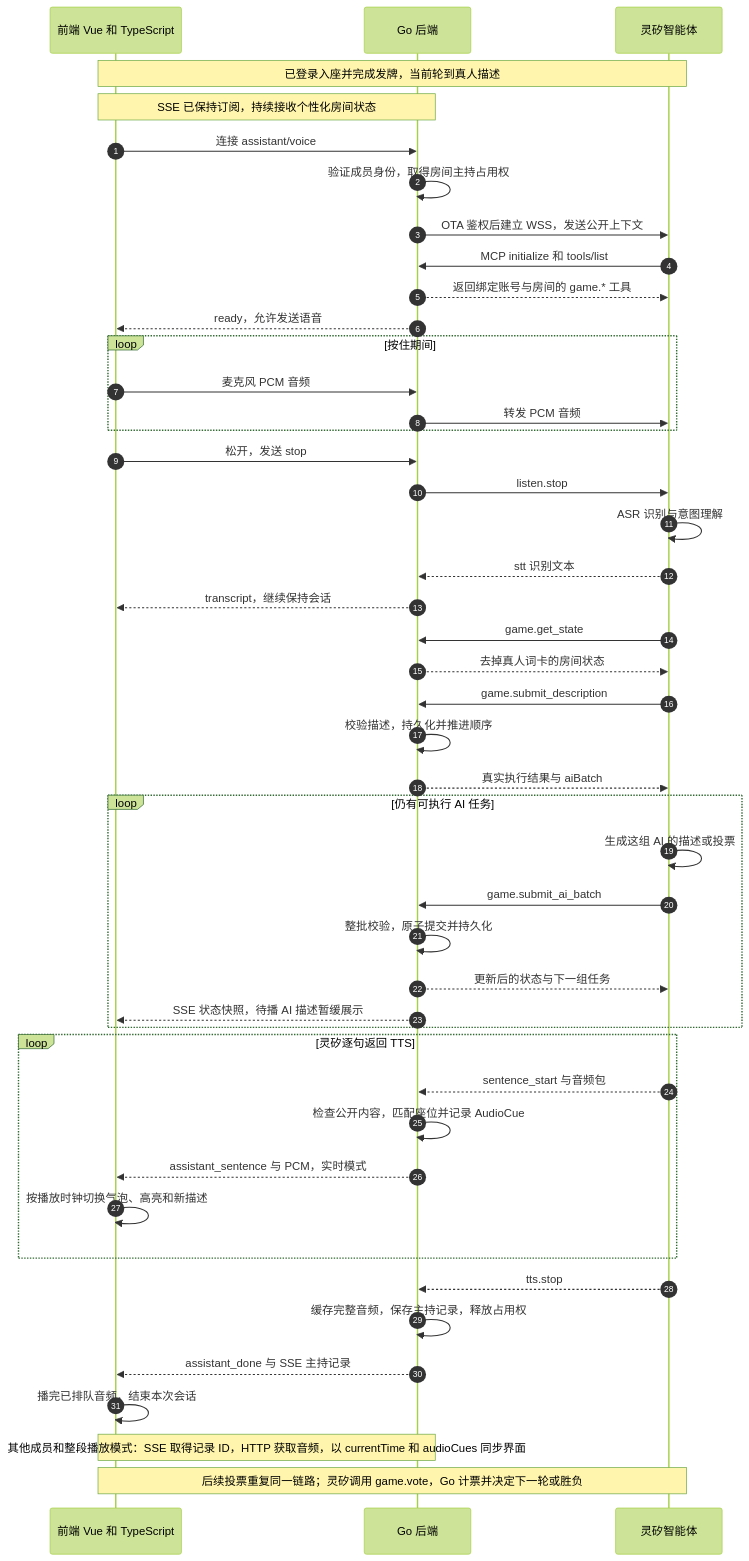
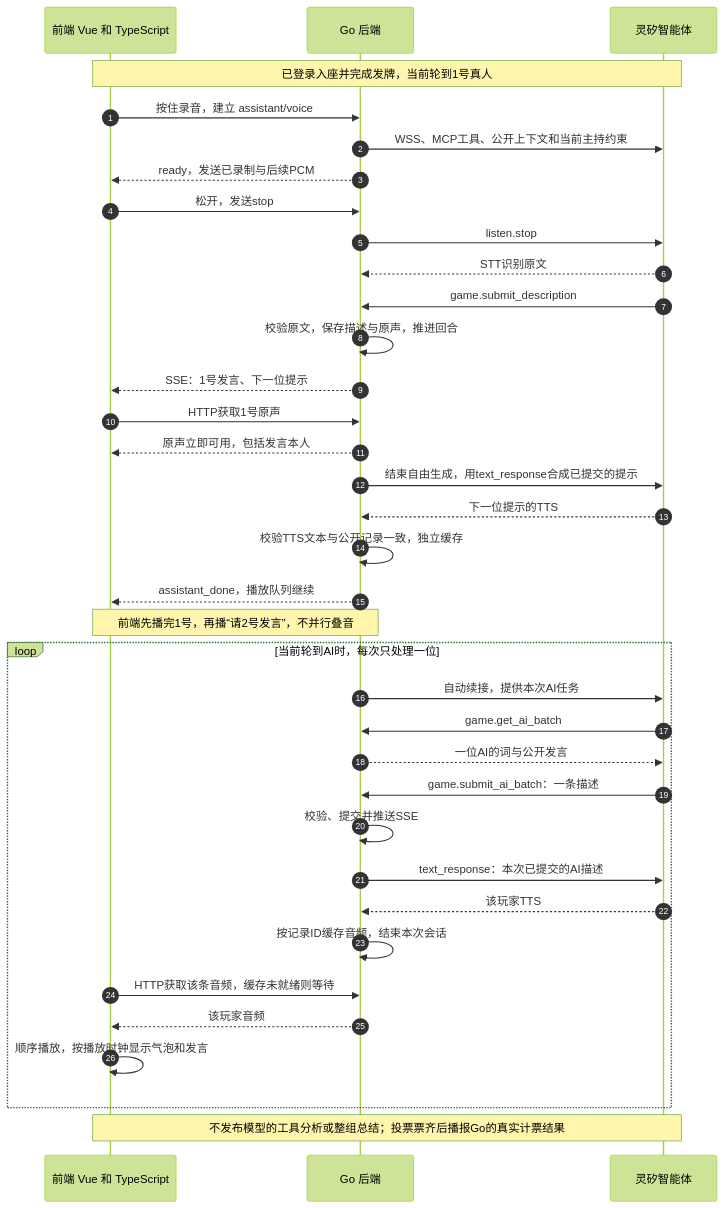
Before and after one commit to go-wyvern/undercover: the diagram in docs/diagrams/game-interaction.mmd, drawn with Mermaid (forest theme). The commit also changed 21 other files, not shown here.

Commit message:
Narrate committed game events one player at a time

```diff
--- a/docs/diagrams/game-interaction.mmd
+++ b/docs/diagrams/game-interaction.mmd
@@ -1,46 +1,36 @@
 sequenceDiagram
     autonumber
     participant F as 前端 Vue 和 TypeScript
     participant G as Go 后端
     participant L as 灵矽智能体
-    Note over F,L: 已登录入座并完成发牌，当前轮到真人描述
-    Note over F,G: SSE 已保持订阅，持续接收个性化房间状态
-    F->>G: 连接 assistant/voice
-    G->>G: 验证成员身份，取得房间主持占用权
-    G->>L: OTA 鉴权后建立 WSS，发送公开上下文
-    L->>G: MCP initialize 和 tools/list
-    G-->>L: 返回绑定账号与房间的 game.* 工具
-    G-->>F: ready，允许发送语音
-    loop 按住期间
-        F->>G: 麦克风 PCM 音频
-        G->>L: 转发 PCM 音频
+    Note over F,L: 已登录入座并完成发牌，当前轮到1号真人
+    F->>G: 按住录音，建立 assistant/voice
+    G->>L: WSS、MCP工具、公开上下文和当前主持约束
+    G-->>F: ready，发送已录制与后续PCM
+    F->>G: 松开，发送stop
+    G->>L: listen.stop
+    L-->>G: STT识别原文
+    L->>G: game.submit_description
+    G->>G: 校验原文，保存描述与原声，推进回合
+    G-->>F: SSE：1号发言、下一位提示
+    F->>G: HTTP获取1号原声
+    G-->>F: 原声立即可用，包括发言本人
+    G->>L: 结束自由生成，用text_response合成已提交的提示
+    L-->>G: 下一位提示的TTS
+    G->>G: 校验TTS文本与公开记录一致，独立缓存
+    G-->>F: assistant_done，播放队列继续
+    Note over F,G: 前端先播完1号，再播“请2号发言”，不并行叠音
+    loop 当前轮到AI时，每次只处理一位
+        G->>L: 自动续接，提供本次AI任务
+        L->>G: game.get_ai_batch
+        G-->>L: 一位AI的词与公开发言
+        L->>G: game.submit_ai_batch：一条描述
+        G->>G: 校验、提交并推送SSE
+        G->>L: text_response：本次已提交的AI描述
+        L-->>G: 该玩家TTS
+        G->>G: 按记录ID缓存音频，结束本次会话
+        F->>G: HTTP获取该条音频，缓存未就绪则等待
+        G-->>F: 该玩家音频
+        F->>F: 顺序播放，按播放时钟显示气泡和发言
     end
-    F->>G: 松开，发送 stop
-    G->>L: listen.stop
-    L->>L: ASR 识别与意图理解
-    L-->>G: stt 识别文本
-    G-->>F: transcript，继续保持会话
-    L->>G: game.get_state
-    G-->>L: 去掉真人词卡的房间状态
-    L->>G: game.submit_description
-    G->>G: 校验描述，持久化并推进顺序
-    G-->>L: 真实执行结果与 aiBatch
-    loop 仍有可执行 AI 任务
-        L->>L: 生成这组 AI 的描述或投票
-        L->>G: game.submit_ai_batch
-        G->>G: 整批校验，原子提交并持久化
-        G-->>L: 更新后的状态与下一组任务
-        G-->>F: SSE 状态快照，待播 AI 描述暂缓展示
-    end
-    loop 灵矽逐句返回 TTS
-        L-->>G: sentence_start 与音频包
-        G->>G: 检查公开内容，匹配座位并记录 AudioCue
-        G-->>F: assistant_sentence 与 PCM，实时模式
-        F->>F: 按播放时钟切换气泡、高亮和新描述
-    end
-    L-->>G: tts.stop
-    G->>G: 缓存完整音频，保存主持记录，释放占用权
-    G-->>F: assistant_done 与 SSE 主持记录
-    F->>F: 播完已排队音频，结束本次会话
-    Note over F,G: 其他成员和整段播放模式：SSE 取得记录 ID，HTTP 获取音频，以 currentTime 和 audioCues 同步界面
-    Note over F,L: 后续投票重复同一链路；灵矽调用 game.vote，Go 计票并决定下一轮或胜负
+    Note over F,L: 不发布模型的工具分析或整组总结；投票票齐后播报Go的真实计票结果
```
